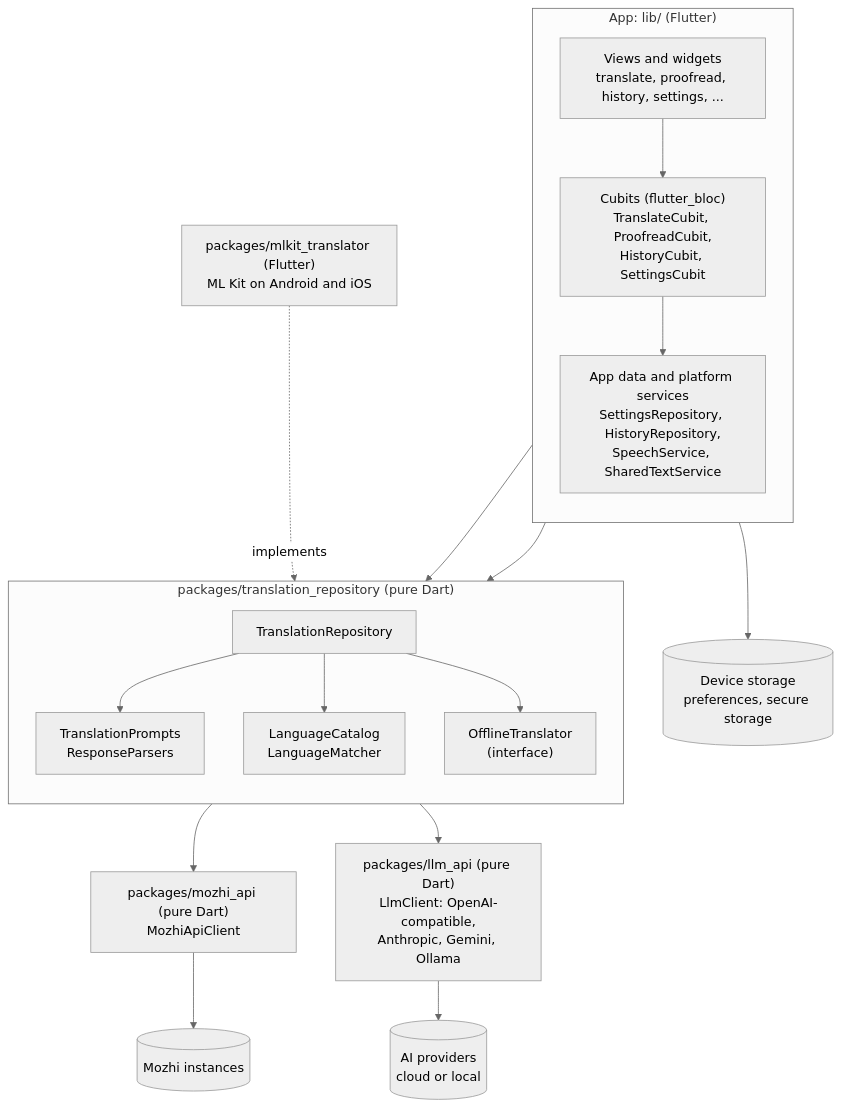
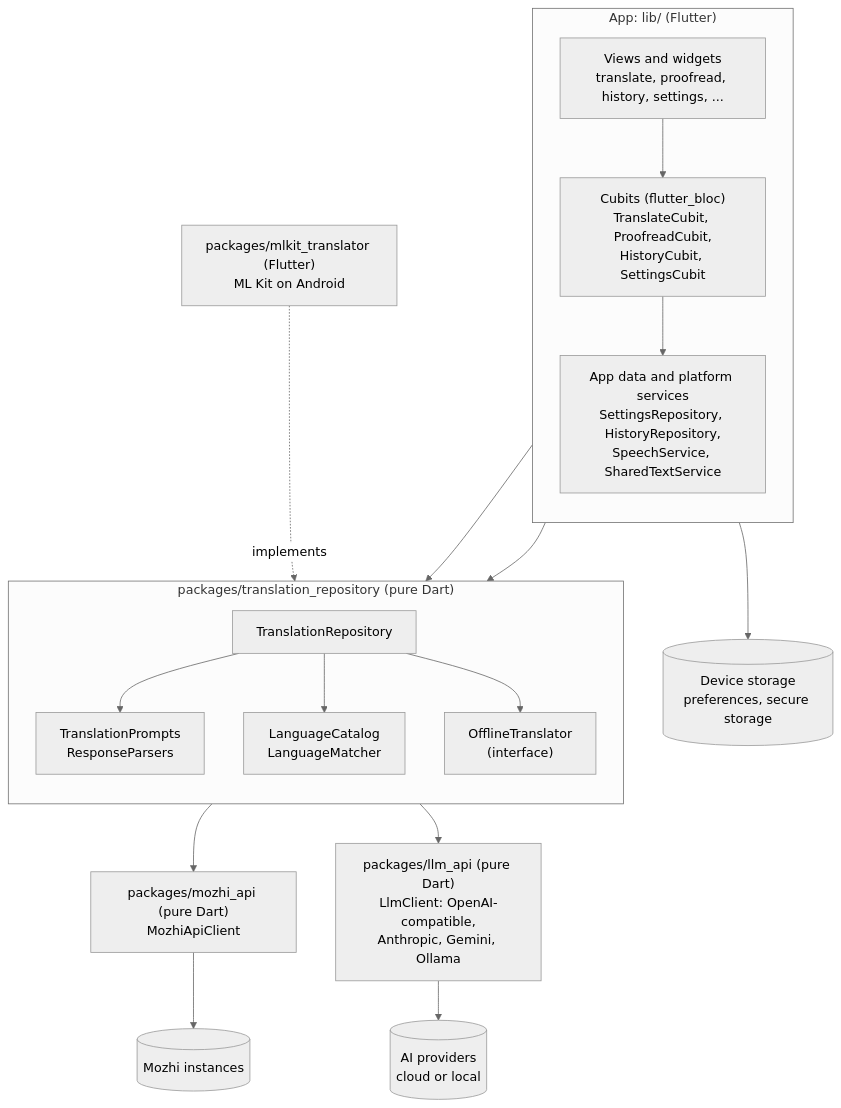
Before and after one commit to Aimdi/Mozhi: the first of 2 diagrams in docs/architecture.md, drawn with Mermaid (neutral theme). The commit also changed other lines of this file and 103 other files, not shown here.

````diff
--- a/docs/architecture.md
+++ b/docs/architecture.md
@@ -17,40 +17,40 @@
 ```mermaid
 flowchart TB
   subgraph app["App: lib/ (Flutter)"]
     direction TB
     views["Views and widgets<br/>translate, proofread, history, settings, ..."]
     cubits["Cubits (flutter_bloc)<br/>TranslateCubit, ProofreadCubit,<br/>HistoryCubit, SettingsCubit"]
     services["App data and platform services<br/>SettingsRepository, HistoryRepository,<br/>SpeechService, SharedTextService"]
     views --> cubits
     cubits --> services
   end
 
   subgraph domain["packages/translation_repository (pure Dart)"]
     direction TB
     repo["TranslationRepository"]
     prompts["TranslationPrompts<br/>ResponseParsers"]
     catalog["LanguageCatalog<br/>LanguageMatcher"]
     offline["OfflineTranslator<br/>(interface)"]
     repo --> prompts
     repo --> catalog
     repo --> offline
   end
 
   mozhiapi["packages/mozhi_api (pure Dart)<br/>MozhiApiClient"]
   llmapi["packages/llm_api (pure Dart)<br/>LlmClient: OpenAI-compatible,<br/>Anthropic, Gemini, Ollama"]
-  mlkit["packages/mlkit_translator (Flutter)<br/>ML Kit on Android and iOS"]
+  mlkit["packages/mlkit_translator (Flutter)<br/>ML Kit on Android"]
 
   cubits --> repo
   services --> repo
   repo --> mozhiapi
   repo --> llmapi
   mlkit -. implements .-> offline
 
   storage[("Device storage<br/>preferences, secure storage")]
   instances[("Mozhi instances")]
   providers[("AI providers<br/>cloud or local")]
 
   services --> storage
   mozhiapi --> instances
   llmapi --> providers
 ```
````
